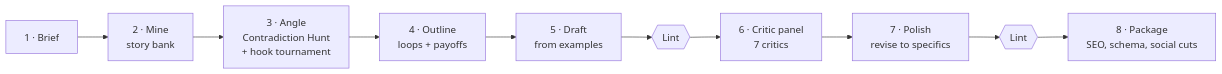
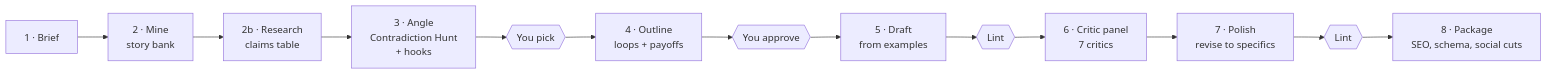
Before and after one commit to tejalogs/writers-room: the diagram in README.md, drawn with Mermaid. The commit also changed other lines of this file and 27 other files, not shown here.

````diff
--- a/README.md
+++ b/README.md
@@ -66,12 +64,15 @@
 ```mermaid
 flowchart LR
     A[1 · Brief] --> B[2 · Mine<br/>story bank]
-    B --> C[3 · Angle<br/>Contradiction Hunt<br/>+ hook tournament]
-    C --> D[4 · Outline<br/>loops + payoffs]
-    D --> E[5 · Draft<br/>from examples]
+    B --> R[2b · Research<br/>claims table]
+    R --> C[3 · Angle<br/>Contradiction Hunt<br/>+ hooks]
+    C --> P1{{You pick}}
+    P1 --> D[4 · Outline<br/>loops + payoffs]
+    D --> P2{{You approve}}
+    P2 --> E[5 · Draft<br/>from examples]
     E --> L1{{Lint}}
     L1 --> F[6 · Critic panel<br/>7 critics]
     F --> G[7 · Polish<br/>revise to specifics]
     G --> L2{{Lint}}
     L2 --> H[8 · Package<br/>SEO, schema, social cuts]
 ```
````
